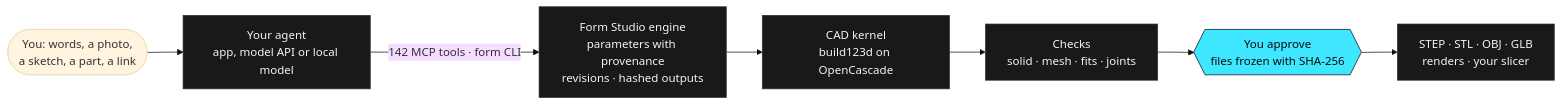
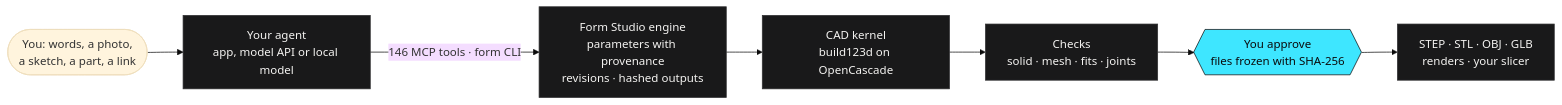
Before and after one commit to kaizensx/form-studio: the diagram in README.md, drawn with Mermaid (base theme). The commit also changed other lines of this file and 34 other files, not shown here.

````diff
--- a/README.md
+++ b/README.md
@@ -86,13 +86,13 @@
 ```mermaid
 flowchart LR
   you(["You: words, a photo,<br/>a sketch, a part, a link"]) --> agent["Your agent<br/>app, model API or local model"]
-  agent -- "142 MCP tools · form CLI" --> engine["Form Studio engine<br/>parameters with provenance<br/>revisions · hashed outputs"]
+  agent -- "146 MCP tools · form CLI" --> engine["Form Studio engine<br/>parameters with provenance<br/>revisions · hashed outputs"]
   engine --> kernel["CAD kernel<br/>build123d on OpenCascade"]
   kernel --> checks["Checks<br/>solid · mesh · fits · joints"]
   checks --> release{{"You approve<br/>files frozen with SHA-256"}}
   release --> out["STEP · STL · OBJ · GLB<br/>renders · your slicer"]
   classDef datum fill:#3ee6ff,stroke:#0b0b0c,color:#0b0b0c
   classDef plate fill:#19191a,stroke:#2f2f31,color:#f4f3f1
   class release datum
   class agent,engine,kernel,checks,out plate
 ```
````
